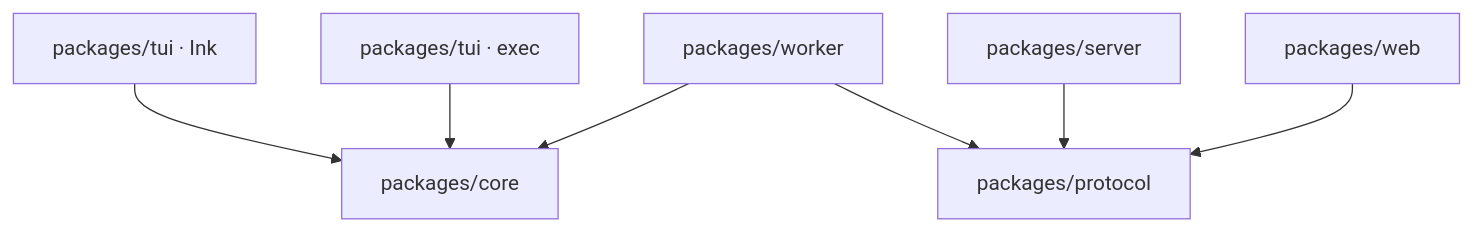
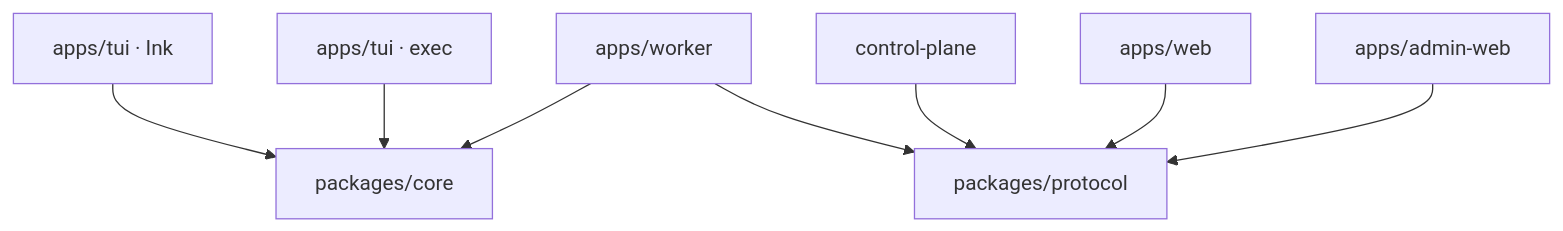
Before and after one commit to zzc-101/Kross: the first of 2 diagrams in docs/technical-overview.md, drawn with Mermaid. The commit also changed other lines of this file and 355 other files, not shown here.

First line of the commit message:
chore(saas): reorganize repo into apps, packages, and control-plane

````diff
--- a/docs/technical-overview.md
+++ b/docs/technical-overview.md
@@ -13,9 +13,10 @@
 ```mermaid
 flowchart TB
-    TUI["packages/tui · Ink"] --> CORE["packages/core"]
-    HEADLESS["packages/tui · exec"] --> CORE
-    WORKER["packages/worker"] --> CORE
+    TUI["apps/tui · Ink"] --> CORE["packages/core"]
+    HEADLESS["apps/tui · exec"] --> CORE
+    WORKER["apps/worker"] --> CORE
     WORKER --> PROTOCOL["packages/protocol"]
-    SERVER["packages/server"] --> PROTOCOL
-    WEB["packages/web"] --> PROTOCOL
+    CONTROL["control-plane"] --> PROTOCOL
+    WEB["apps/web"] --> PROTOCOL
+    ADMIN["apps/admin-web"] --> PROTOCOL
 ```
````
